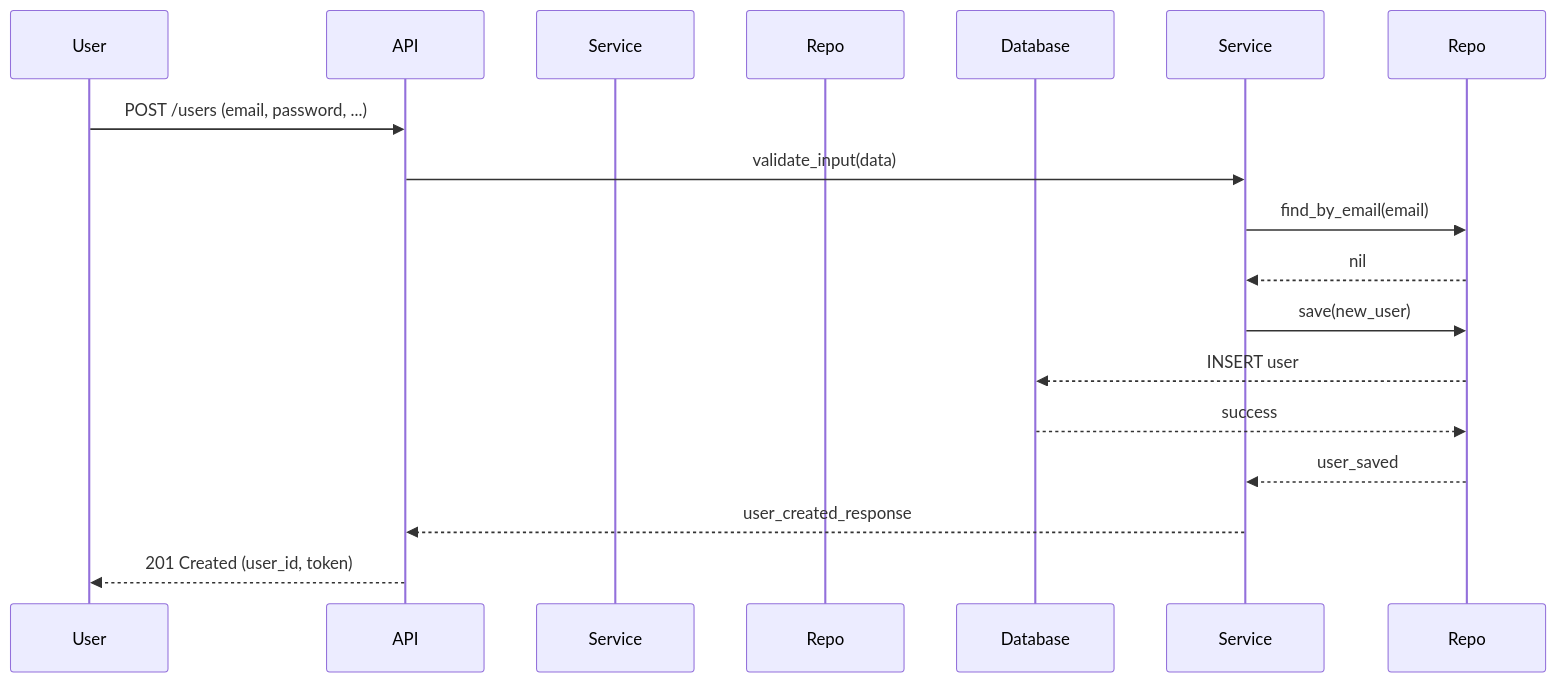
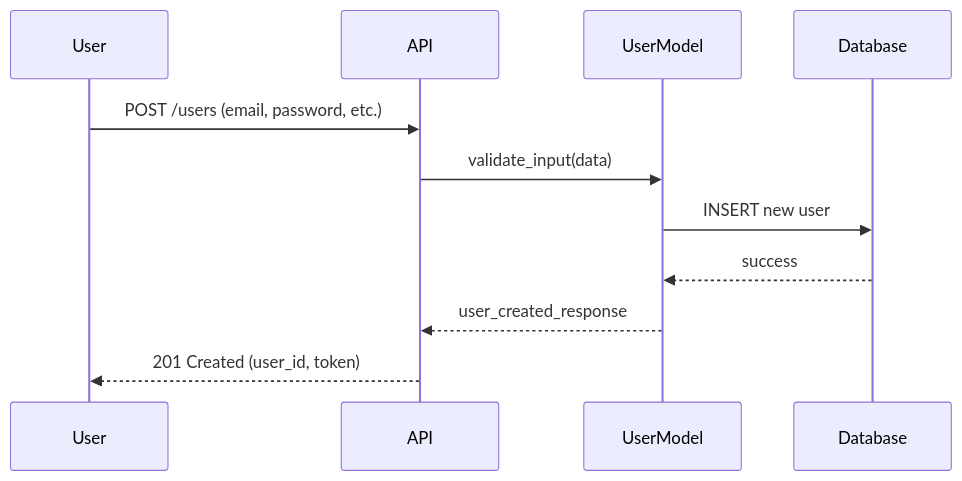
One commit to loicleguen/holbertonschool-hbnb changed the third of 6 diagrams in part1/3. Documentation Compilation.md. Above: the diagram before and after it, drawn with Mermaid. The commit also changed other lines of this file, not shown here.

Commit message:
refactor: update architecture and class diagrams for clarity and consistency

````diff
--- a/part1/3. Documentation Compilation.md
+++ b/part1/3. Documentation Compilation.md
@@ -179,19 +147,14 @@
 ```mermaid
 sequenceDiagram
     participant User
     participant API
-    participant UserService as Service
-    participant UserRepository as Repo
+    participant BusinessLogic as UserModel
     participant Database
 
-    User->>API: POST /users (email, password, ...)
-    API->>Service: validate_input(data)
-    Service->>Repo: find_by_email(email)
-    Repo-->>Service: nil
-    Service->>Repo: save(new_user)
-    Repo-->>Database: INSERT user
-    Database-->>Repo: success
-    Repo-->>Service: user_saved
-    Service-->>API: user_created_response
+    User->>API: POST /users (email, password, etc.)
+    API->>BusinessLogic: validate_input(data)
+    BusinessLogic->>Database: INSERT new user
+    Database-->>BusinessLogic: success
+    BusinessLogic-->>API: user_created_response
     API-->>User: 201 Created (user_id, token)
 ```
````
